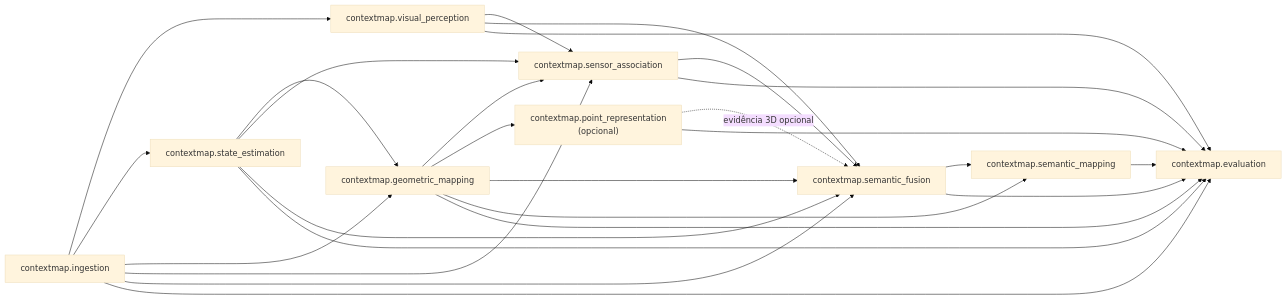
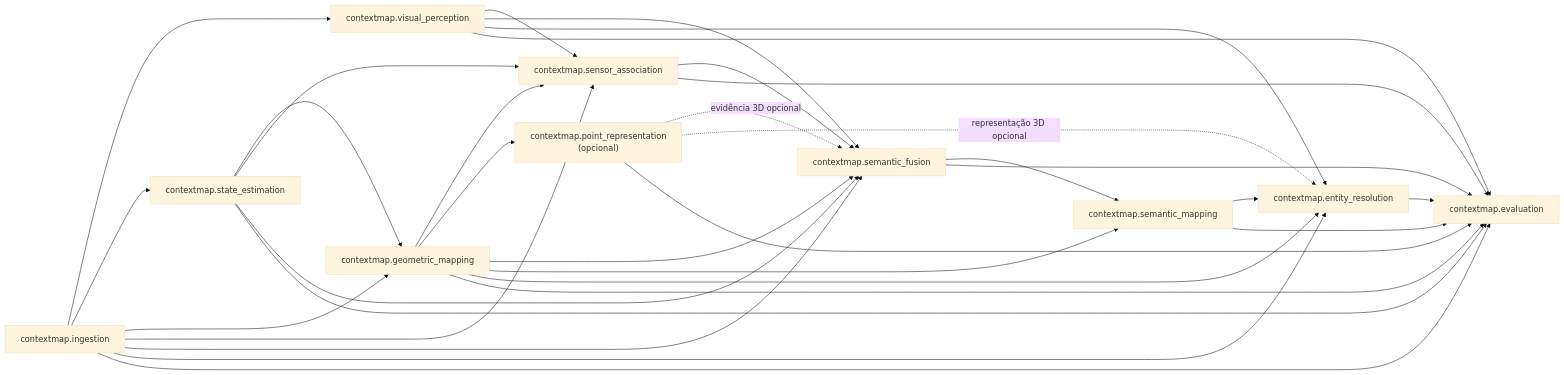
One commit to Alexandre-Tortoza/contextmap2 changed the diagram in docs/module-api.md. Above: the diagram before and after it, drawn with Mermaid (base theme). The commit also changed other lines of this file and 9 other files, not shown here.

First line of the commit message:
docs(entity-resolution): integrate the milestone into the global documentation

````diff
--- a/docs/module-api.md
+++ b/docs/module-api.md
@@ -36,29 +36,35 @@
 ```mermaid
 flowchart LR
     ING["contextmap.ingestion"] --> VP["contextmap.visual_perception"]
     ING --> ST["contextmap.state_estimation"]
     ING --> GM["contextmap.geometric_mapping"]
     ST --> GM["contextmap.geometric_mapping"]
     ING --> SA["contextmap.sensor_association"]
     VP --> SA["contextmap.sensor_association"]
     ST --> SA
     GM --> SA
     GM --> PR["contextmap.point_representation<br/>(opcional)"]
     ING --> SF["contextmap.semantic_fusion"]
     VP --> SF
     ST --> SF
     GM --> SF
     SA --> SF["contextmap.semantic_fusion"]
     PR -. evidência 3D opcional .-> SF
     GM --> SM["contextmap.semantic_mapping"]
     SF --> SM
+    ING --> ER["contextmap.entity_resolution"]
+    GM --> ER
+    VP --> ER
+    PR -. representação 3D opcional .-> ER
+    SM --> ER
 
     ING --> EV["contextmap.evaluation"]
     VP --> EV["contextmap.evaluation"]
     ST --> EV
     GM --> EV
     SA --> EV
     PR --> EV
     SF --> EV
     SM --> EV
+    ER --> EV
 ```
````
